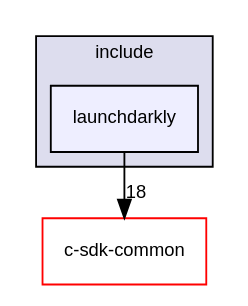
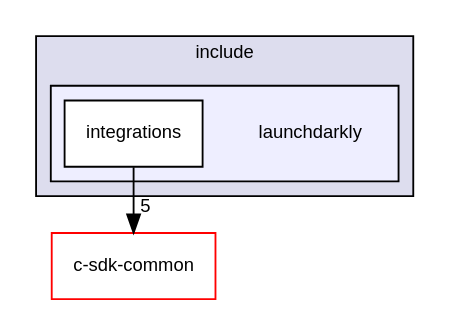
Before and after one commit to launchdarkly/c-server-sdk: the diagram in dir_efe5b79025e5a9a1c6aba444011d94a7_dep.dot, drawn with Graphviz. The commit also changed 86 other files, not shown here.

```diff
--- a/dir_efe5b79025e5a9a1c6aba444011d94a7_dep.dot
+++ b/dir_efe5b79025e5a9a1c6aba444011d94a7_dep.dot
@@ -1,11 +1,15 @@
 digraph "include/launchdarkly" {
   compound=true
   node [ fontsize="10", fontname="Helvetica"];
   edge [ labelfontsize="10", labelfontname="Helvetica"];
   subgraph clusterdir_d44c64559bbebec7f509842c48db8b23 {
     graph [ bgcolor="#ddddee", pencolor="black", label="include" fontname="Helvetica", fontsize="10", URL="dir_d44c64559bbebec7f509842c48db8b23.html"]
-  dir_efe5b79025e5a9a1c6aba444011d94a7 [shape=box, label="launchdarkly", style="filled", fillcolor="#eeeeff", pencolor="black", URL="dir_efe5b79025e5a9a1c6aba444011d94a7.html"];
+  subgraph clusterdir_efe5b79025e5a9a1c6aba444011d94a7 {
+    graph [ bgcolor="#eeeeff", pencolor="black", label="" URL="dir_efe5b79025e5a9a1c6aba444011d94a7.html"];
+    dir_efe5b79025e5a9a1c6aba444011d94a7 [shape=plaintext label="launchdarkly"];
+    dir_8b596f9106a6dd93936bdaf294b0477b [shape=box label="integrations" color="black" fillcolor="white" style="filled" URL="dir_8b596f9106a6dd93936bdaf294b0477b.html"];
+  }
   }
   dir_2baa2abe2a8541e88a77fd54574fc547 [shape=box label="c-sdk-common" fillcolor="white" style="filled" color="red" URL="dir_2baa2abe2a8541e88a77fd54574fc547.html"];
-  dir_efe5b79025e5a9a1c6aba444011d94a7->dir_2baa2abe2a8541e88a77fd54574fc547 [headlabel="18", labeldistance=1.5 headhref="dir_000004_000000.html"];
+  dir_8b596f9106a6dd93936bdaf294b0477b->dir_2baa2abe2a8541e88a77fd54574fc547 [headlabel="5", labeldistance=1.5 headhref="dir_000005_000000.html"];
 }
```
